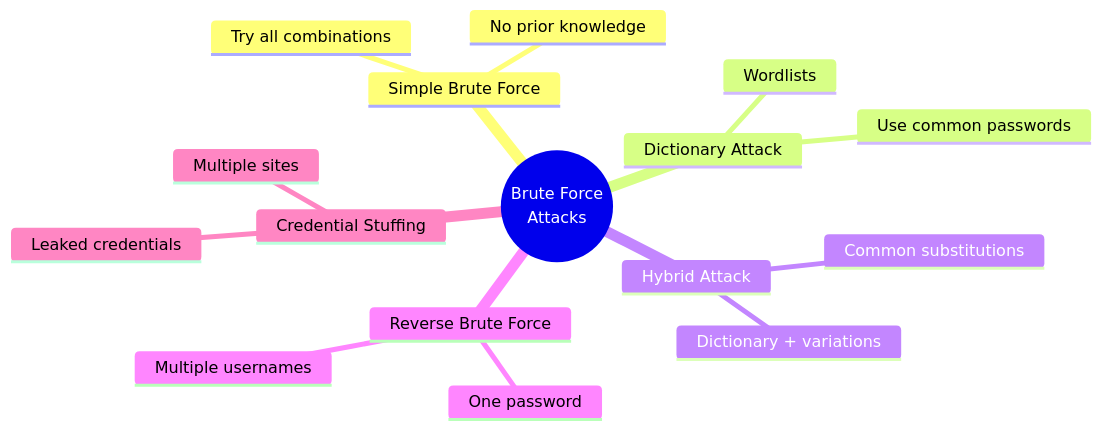
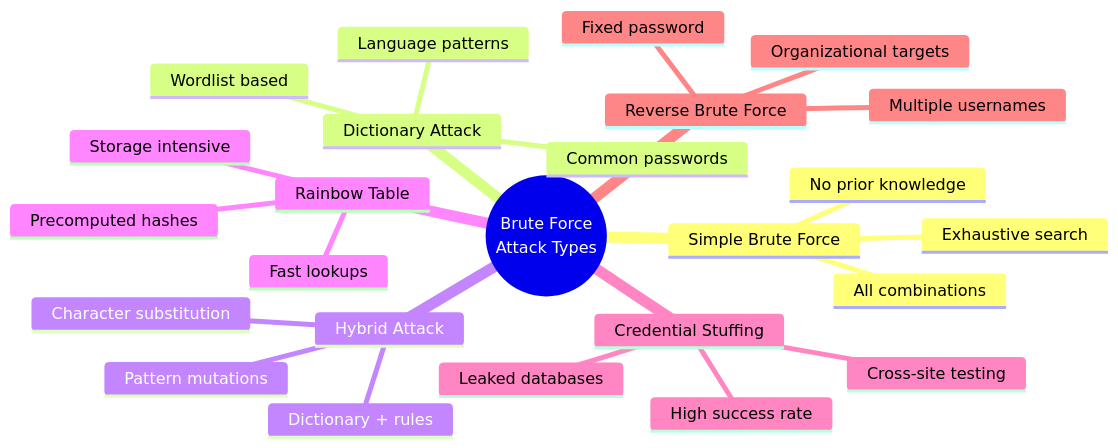
The fourth of 5 diagrams in README.md (Suryanshu-Nabheet/Hack), drawn with Mermaid before and after one commit. The commit also changed other lines of this file, not shown here.

First line of the commit message:
Revise README for clarity on brute force attacks

````diff
--- a/README.md
+++ b/README.md
@@ -174,19 +215,28 @@
 ```mermaid
 mindmap
-  root((Brute Force<br/>Attacks))
+  root((Brute Force<br/>Attack Types))
     Simple Brute Force
-      Try all combinations
+      Exhaustive search
       No prior knowledge
+      All combinations
     Dictionary Attack
-      Use common passwords
-      Wordlists
+      Common passwords
+      Wordlist based
+      Language patterns
     Hybrid Attack
-      Dictionary + variations
-      Common substitutions
+      Dictionary + rules
+      Character substitution
+      Pattern mutations
+    Rainbow Table
+      Precomputed hashes
+      Fast lookups
+      Storage intensive
+    Credential Stuffing
+      Leaked databases
+      Cross-site testing
+      High success rate
     Reverse Brute Force
-      One password
+      Fixed password
       Multiple usernames
-    Credential Stuffing
-      Leaked credentials
-      Multiple sites
+      Organizational targets
 ```
````
